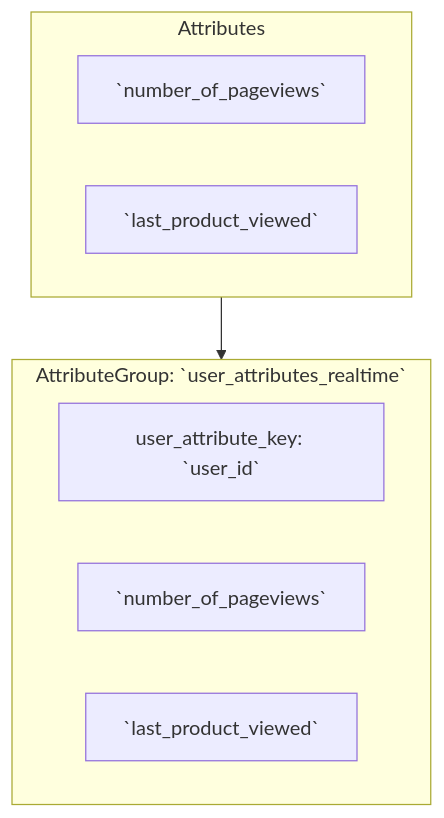
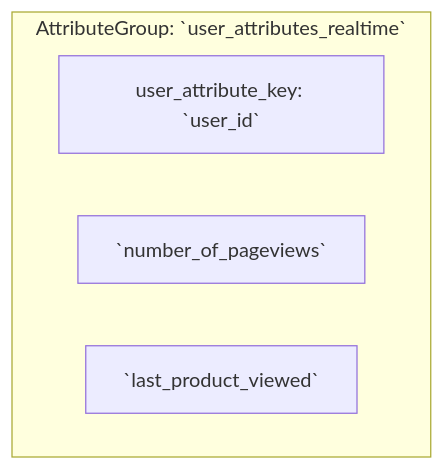
The first of 3 diagrams in docs/signals/concepts/index.md (snowplow/documentation), drawn with Mermaid before and after one commit. The commit also changed other lines of this file and 1 other file, not shown here.

Commit message:
Reformat to prioritise attribute groups

````diff
--- a/docs/signals/concepts/index.md
+++ b/docs/signals/concepts/index.md
@@ -167,15 +58,8 @@
 ```mermaid
 flowchart TD
-    subgraph Stream[Attributes]
-        SA1[`number_of_pageviews`]
-        SA2[`last_product_viewed`]
-    end
-
-    Stream --> AttributeGroup
-
     subgraph AttributeGroup[AttributeGroup: `user_attributes_realtime`]
         AG_User[user_attribute_key: `user_id`]
         AG_SA1[`number_of_pageviews`]
         AG_SA2[`last_product_viewed`]
     end
 ```
````
